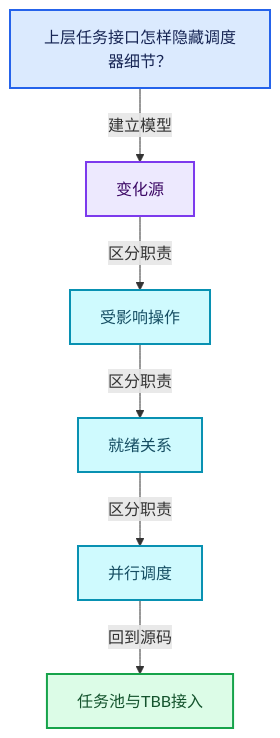
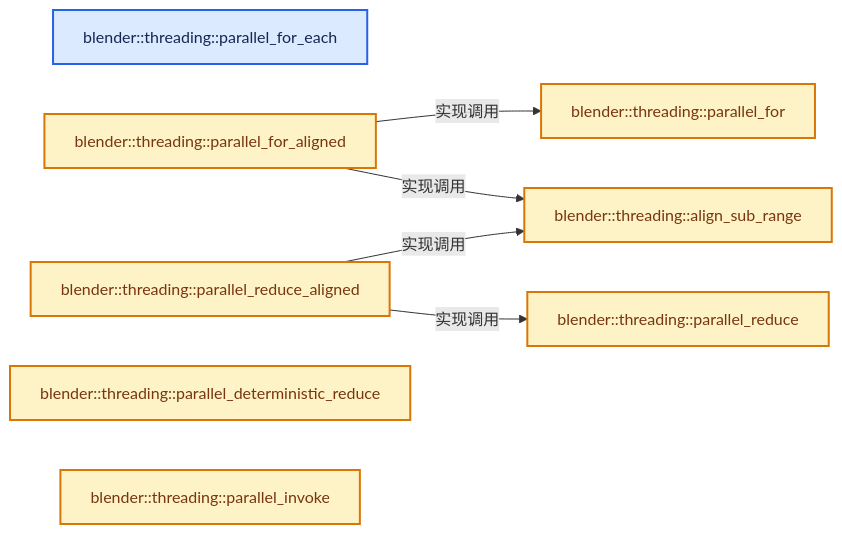
Before and after one commit to yunkezengren/blender-.vscode: the second of 4 diagrams in 杂/markdown/全面学习-codex/11-Depsgraph与并行任务系统/07-任务池与TBB接入.md, drawn with Mermaid. The commit also changed other lines of this file and 1930 other files, not shown here.

````diff
--- a/杂/markdown/全面学习-codex/11-Depsgraph与并行任务系统/07-任务池与TBB接入.md
+++ b/杂/markdown/全面学习-codex/11-Depsgraph与并行任务系统/07-任务池与TBB接入.md
@@ -62,20 +46,21 @@
 ```mermaid
-flowchart TB
-  Q["上层任务接口怎样隐藏调度器细节？"]:::input
-  C0["变化源"]:::abstraction
-  C1["受影响操作"]:::data
-  C2["就绪关系"]:::data
-  C3["并行调度"]:::data
-  R["任务池与TBB接入"]:::result
-  Q -->|"建立模型"| C0
-  C0 -->|"区分职责"| C1
-  C1 -->|"区分职责"| C2
-  C2 -->|"区分职责"| C3
-  C3 -->|"回到源码"| R
+flowchart LR
+  F0["blender::threading::parallel_for_each"]:::input
+  F1["blender::threading::parallel_for"]:::compute
+  F2["blender::threading::align_sub_range"]:::compute
+  F3["blender::threading::parallel_for_aligned"]:::compute
+  F4["blender::threading::parallel_reduce"]:::compute
+  F5["blender::threading::parallel_reduce_aligned"]:::compute
+  F6["blender::threading::parallel_deterministic_reduce"]:::compute
+  F7["blender::threading::parallel_invoke"]:::compute
+  F3 -->|"实现调用"| F1
+  F3 -->|"实现调用"| F2
+  F5 -->|"实现调用"| F4
+  F5 -->|"实现调用"| F2
   classDef input fill:#DBEAFE,stroke:#2563EB,color:#172554,stroke-width:2px;
   classDef data fill:#CFFAFE,stroke:#0891B2,color:#164E63,stroke-width:2px;
   classDef abstraction fill:#EDE9FE,stroke:#7C3AED,color:#3B0764,stroke-width:2px;
   classDef compute fill:#FEF3C7,stroke:#D97706,color:#78350F,stroke-width:2px;
   classDef result fill:#DCFCE7,stroke:#16A34A,color:#14532D,stroke-width:2px;
   classDef error fill:#FEE2E2,stroke:#DC2626,color:#7F1D1D,stroke-width:2px;
 ```
````
